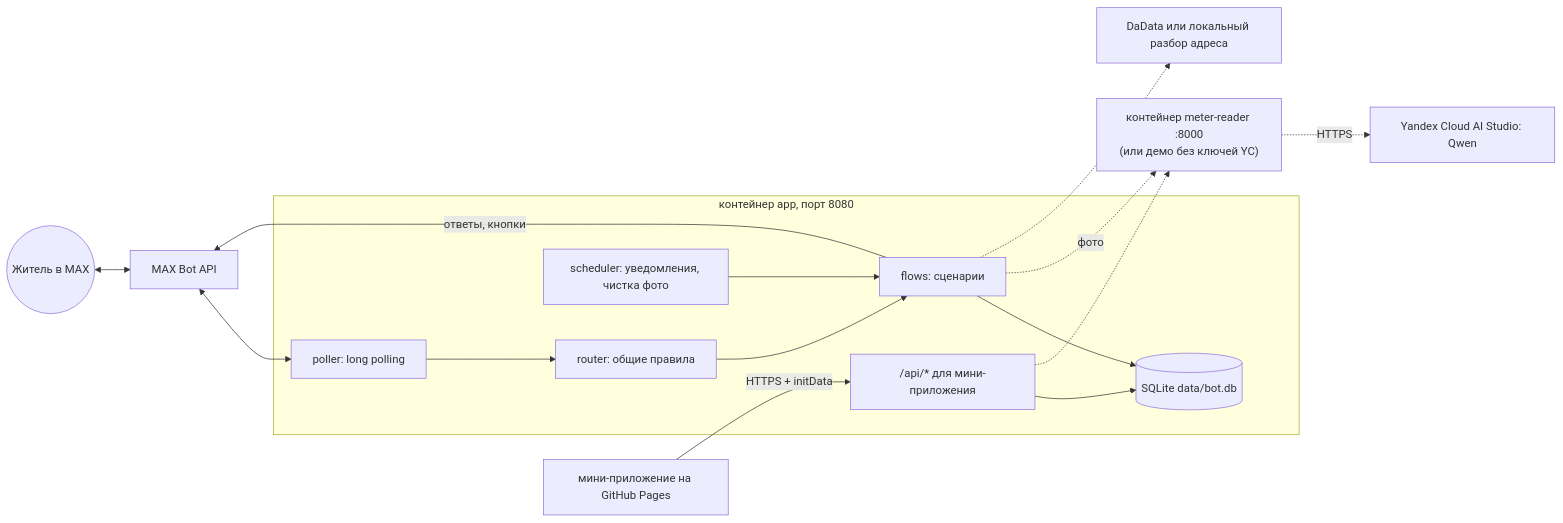
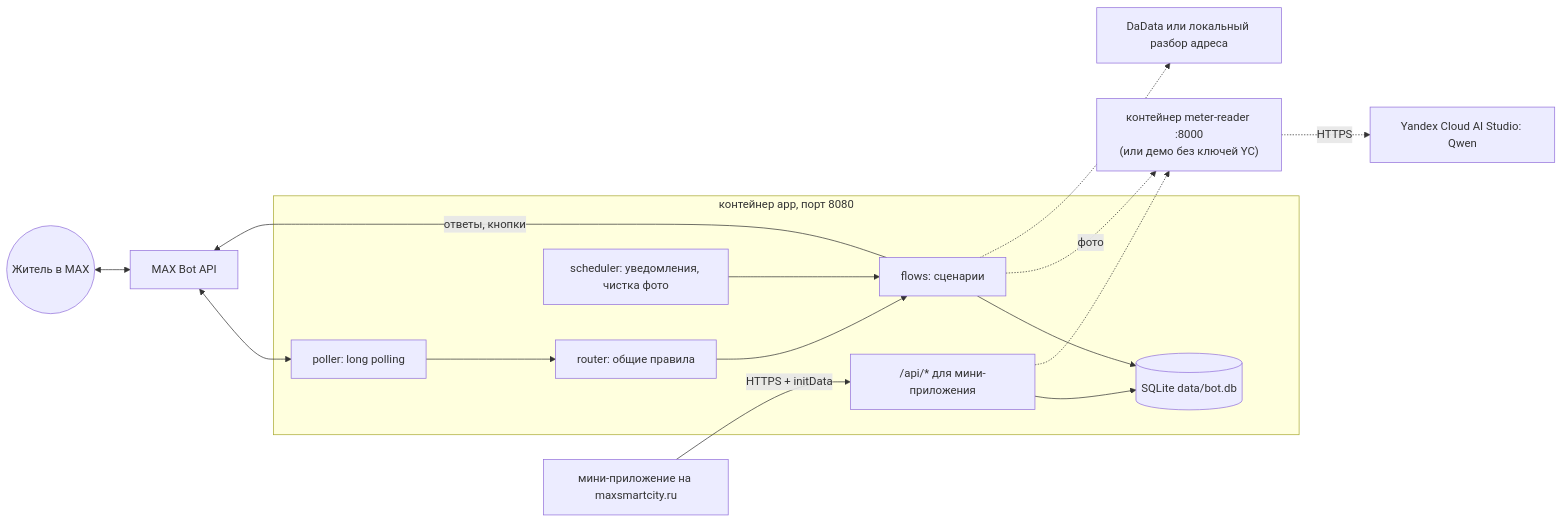
One commit to alpha7en/max-smart-city-webapp changed the diagram in README.md. Above: the diagram before and after it, drawn with Mermaid. The commit also changed other lines of this file and 5 other files, not shown here.

````diff
--- a/README.md
+++ b/README.md
@@ -36,18 +36,18 @@
 ```mermaid
 flowchart LR
   U((Житель в MAX)) <--> MAX[MAX Bot API]
   subgraph app["контейнер app, порт 8080"]
     P[poller: long polling] --> R[router: общие правила] --> F[flows: сценарии]
     S[scheduler: уведомления, чистка фото] --> F
     API["/api/* для мини-приложения"]
     F --> DB[("SQLite data/bot.db")]
     API --> DB
   end
   MAX <--> P
   F -- ответы, кнопки --> MAX
-  MA[мини-приложение на GitHub Pages] -- HTTPS + initData --> API
+  MA[мини-приложение на maxsmartcity.ru] -- HTTPS + initData --> API
   F -. фото .-> REC["контейнер meter-reader :8000<br/>(или демо без ключей YC)"]
   API -.-> REC
   REC -. HTTPS .-> YC[Yandex Cloud AI Studio: Qwen]
   F -.-> DD[DaData или локальный разбор адреса]
 ```
````
